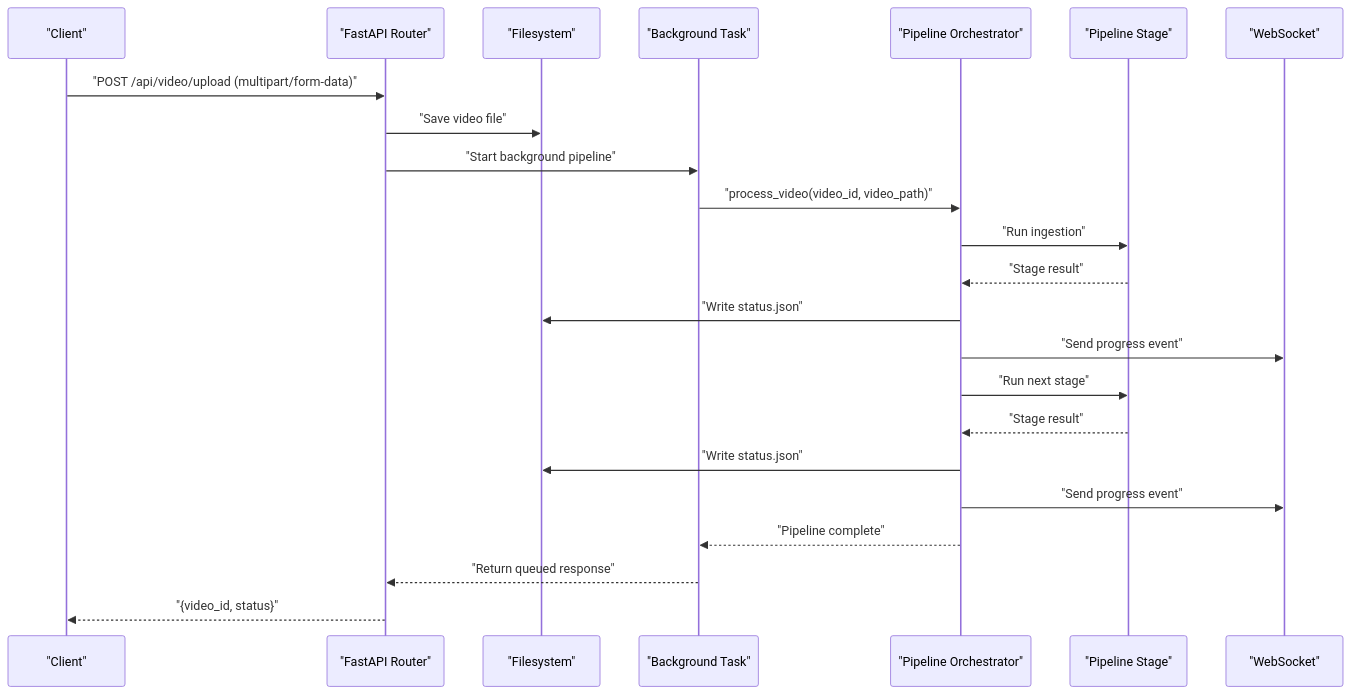
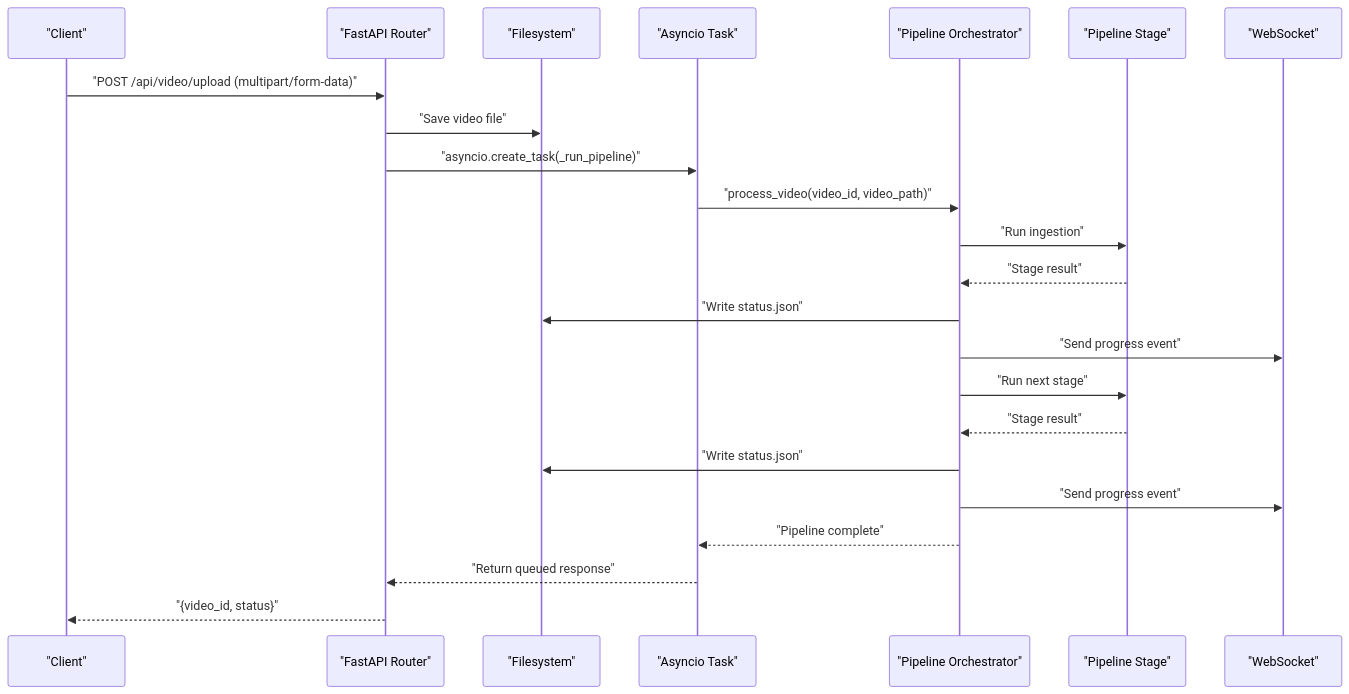
Before and after one commit to alexandreybasta-cyber/dubai-media-ai: the second of 3 diagrams in .qoder/repowiki/en/content/Backend API Reference/Video Processing Endpoints.md, drawn with Mermaid. The commit also changed other lines of this file and 30 other files, not shown here.

````diff
--- a/.qoder/repowiki/en/content/Backend API Reference/Video Processing Endpoints.md
+++ b/.qoder/repowiki/en/content/Backend API Reference/Video Processing Endpoints.md
@@ -107,25 +117,25 @@
 ```mermaid
 sequenceDiagram
 participant Client as "Client"
 participant API as "FastAPI Router"
 participant FS as "Filesystem"
-participant BG as "Background Task"
+participant Task as "Asyncio Task"
 participant Orchestrator as "Pipeline Orchestrator"
 participant Stage as "Pipeline Stage"
 participant WS as "WebSocket"
 Client->>API : "POST /api/video/upload (multipart/form-data)"
 API->>FS : "Save video file"
-API->>BG : "Start background pipeline"
-BG->>Orchestrator : "process_video(video_id, video_path)"
+API->>Task : "asyncio.create_task(_run_pipeline)"
+Task->>Orchestrator : "process_video(video_id, video_path)"
 Orchestrator->>Stage : "Run ingestion"
 Stage-->>Orchestrator : "Stage result"
 Orchestrator->>FS : "Write status.json"
 Orchestrator->>WS : "Send progress event"
 Orchestrator->>Stage : "Run next stage"
 Stage-->>Orchestrator : "Stage result"
 Orchestrator->>FS : "Write status.json"
 Orchestrator->>WS : "Send progress event"
-Orchestrator-->>BG : "Pipeline complete"
-BG-->>API : "Return queued response"
+Orchestrator-->>Task : "Pipeline complete"
+Task-->>API : "Return queued response"
 API-->>Client : "{video_id, status}"
 ```
````
